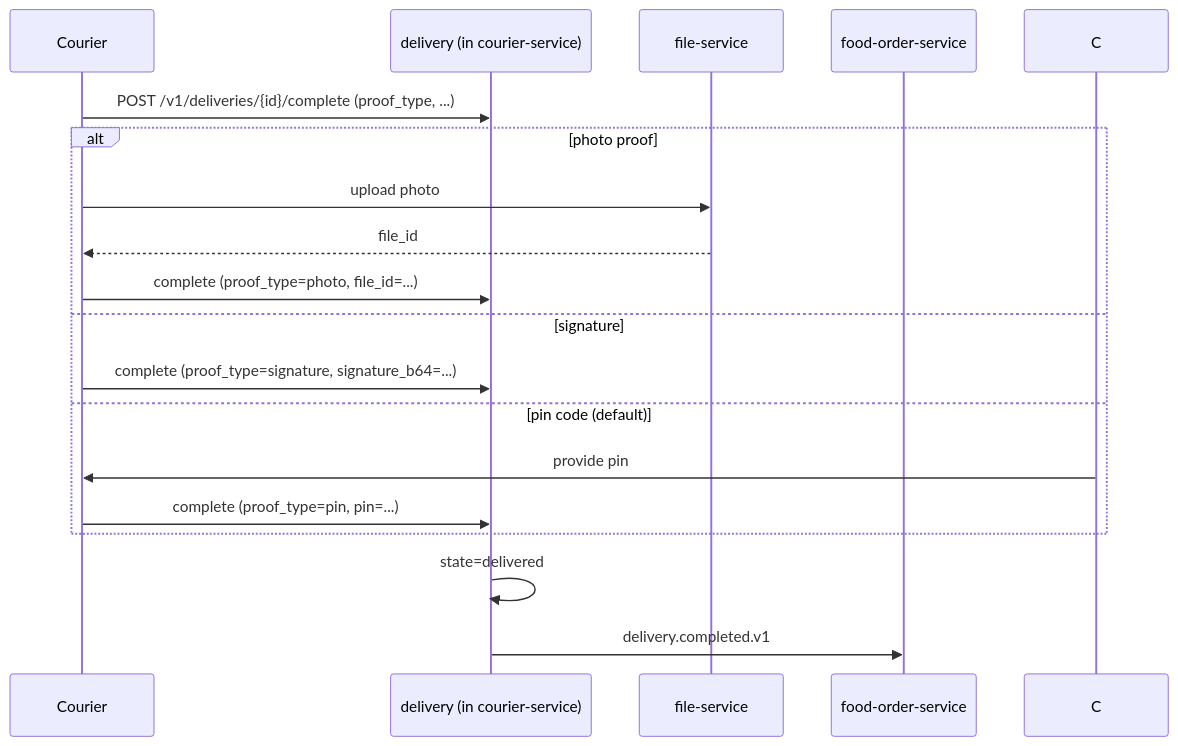
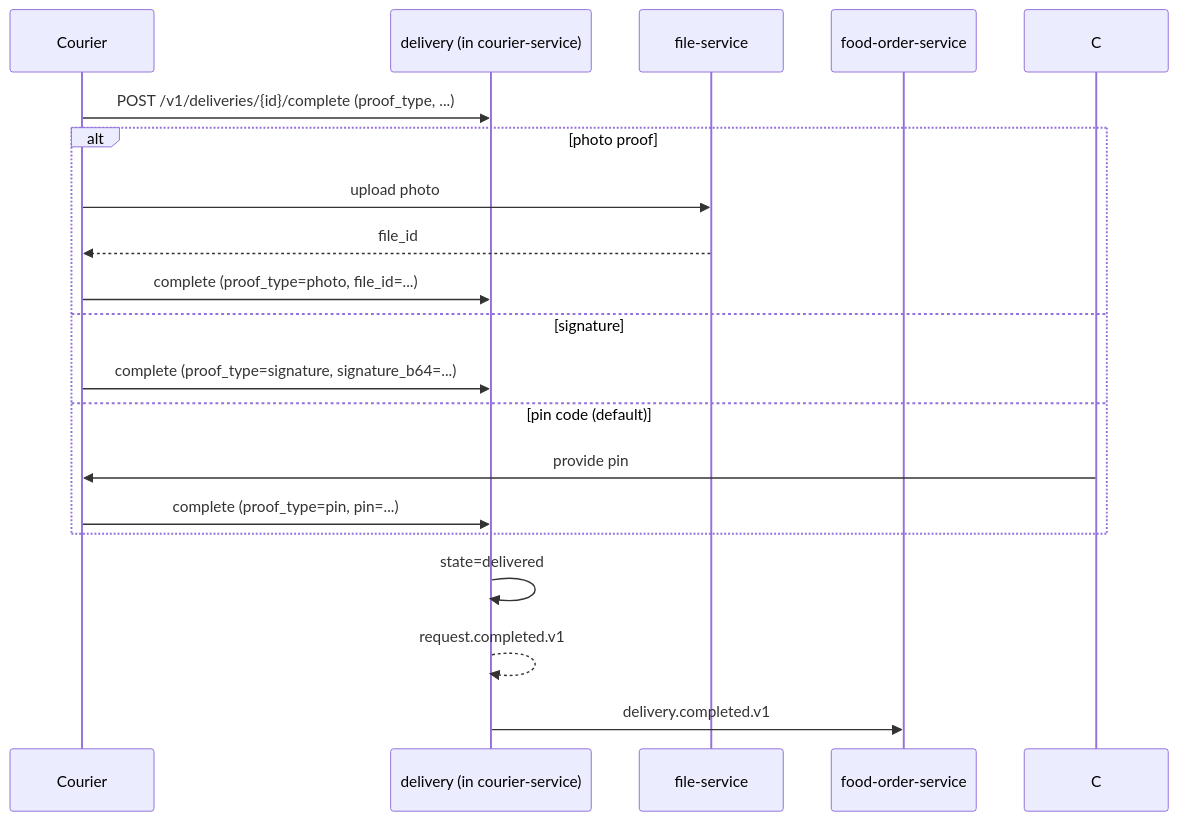
Before and after one commit to mohamedhabibwork/trips-enjoy-docs: the seventh of 8 diagrams in docs/workflows/COURIER_WORKFLOWS.md, drawn with Mermaid. The commit also changed other lines of this file and 201 other files, not shown here.

````diff
--- a/docs/workflows/COURIER_WORKFLOWS.md
+++ b/docs/workflows/COURIER_WORKFLOWS.md
@@ -113,21 +144,22 @@
 ```mermaid
 sequenceDiagram
     participant CR as Courier
     participant DLV as delivery (in courier-service)
     participant FS as file-service
     participant FOR as food-order-service
 
     CR->>DLV: POST /v1/deliveries/{id}/complete (proof_type, ...)
     alt photo proof
         CR->>FS: upload photo
         FS-->>CR: file_id
         CR->>DLV: complete (proof_type=photo, file_id=...)
     else signature
         CR->>DLV: complete (proof_type=signature, signature_b64=...)
     else pin code (default)
         C->>CR: provide pin
         CR->>DLV: complete (proof_type=pin, pin=...)
     end
     DLV->>DLV: state=delivered
+    DLV-->>DLV: request.completed.v1
     DLV->>FOR: delivery.completed.v1
 ```
````
